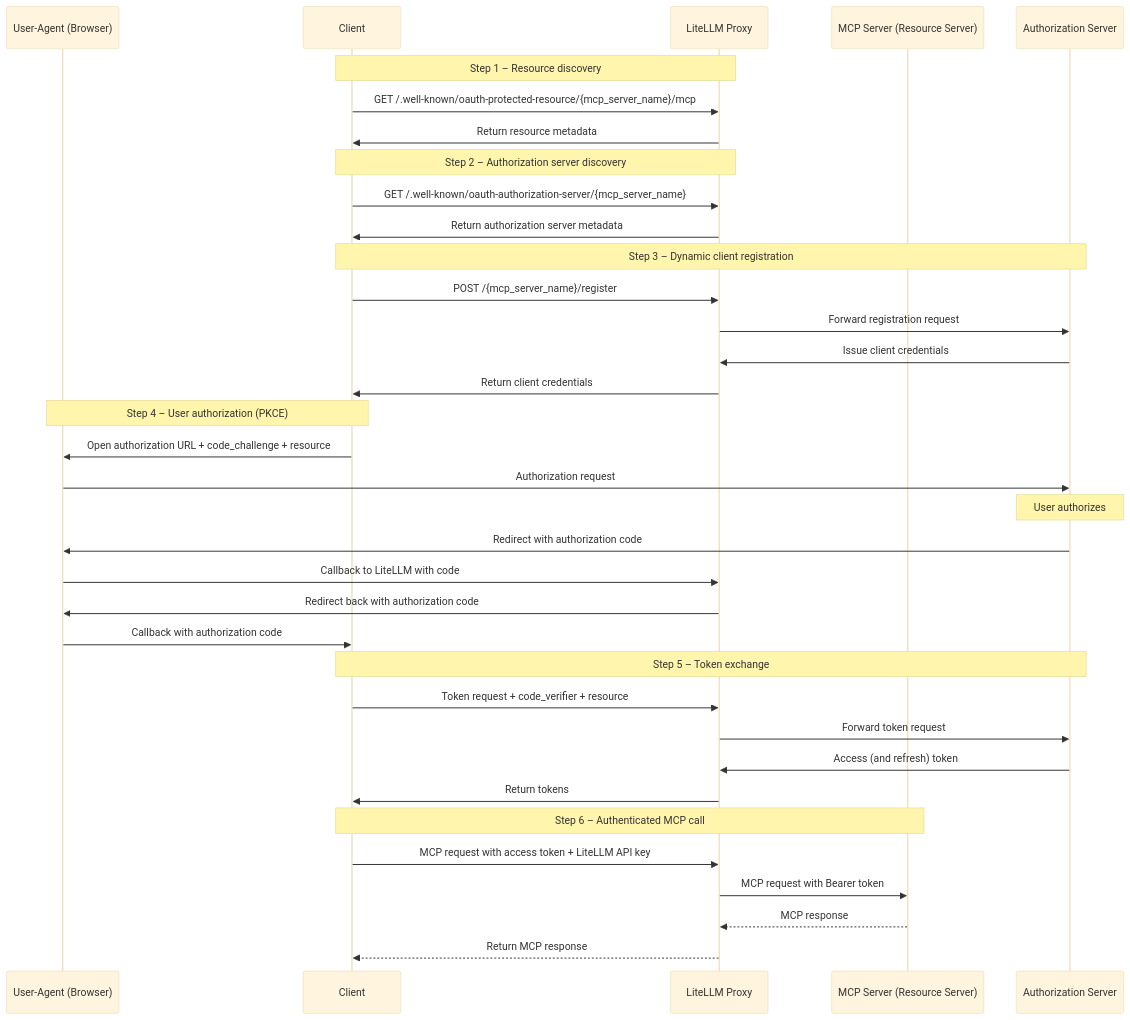
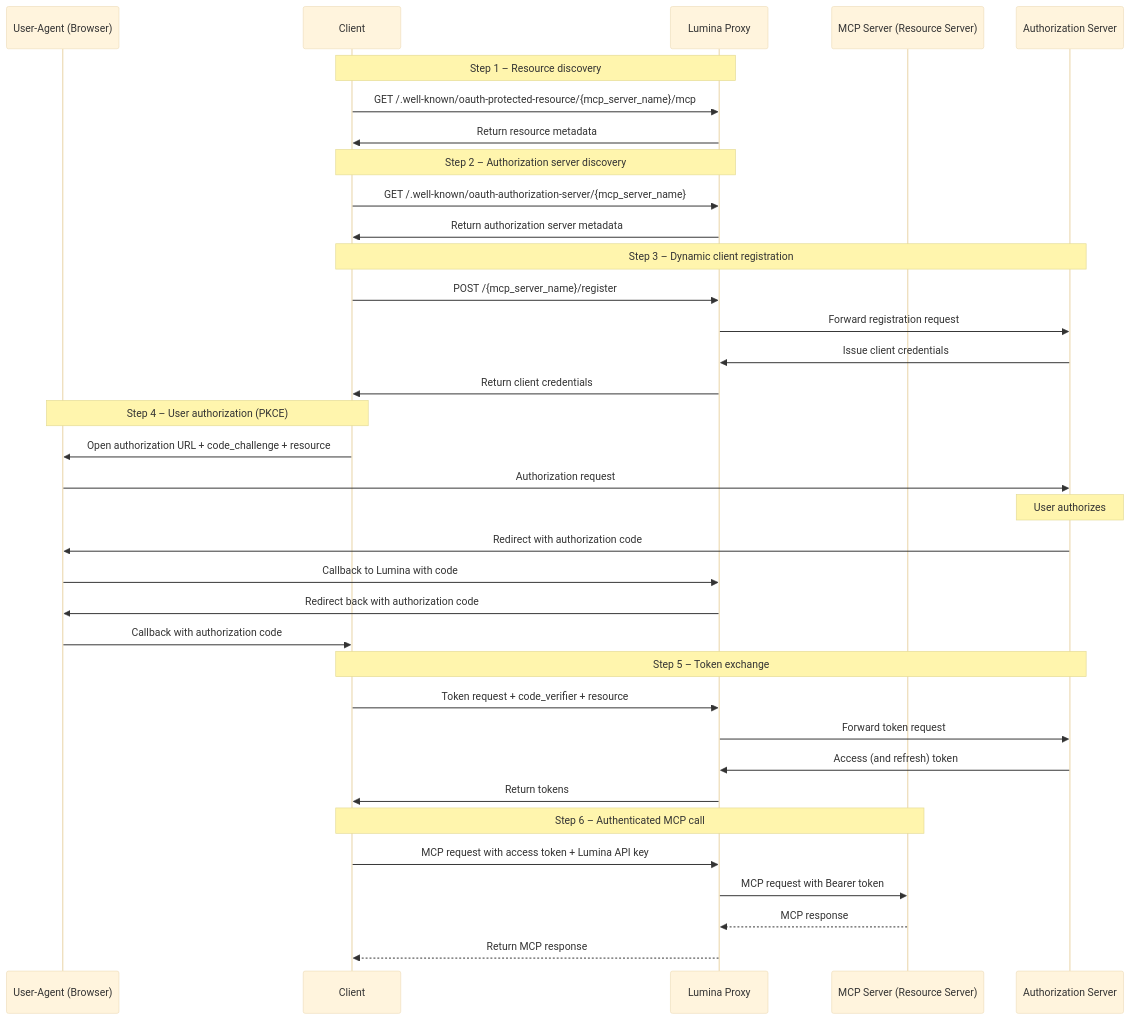
The diagram in docs/mcp.md (Soventra/lumina-docs), drawn with Mermaid (base theme) before and after one commit. The commit also changed other lines of this file and 1578 other files, not shown here.

````diff
--- a/docs/mcp.md
+++ b/docs/mcp.md
@@ -469,43 +469,43 @@
 ```mermaid
 sequenceDiagram
     participant Browser as User-Agent (Browser)
     participant Client as Client
-    participant LiteLLM as LiteLLM Proxy
+    participant Lumina as Lumina Proxy
     participant MCP as MCP Server (Resource Server)
     participant Auth as Authorization Server
 
-    Note over Client,LiteLLM: Step 1 – Resource discovery
-    Client->>LiteLLM: GET /.well-known/oauth-protected-resource/{mcp_server_name}/mcp
-    LiteLLM->>Client: Return resource metadata
+    Note over Client,Lumina: Step 1 – Resource discovery
+    Client->>Lumina: GET /.well-known/oauth-protected-resource/{mcp_server_name}/mcp
+    Lumina->>Client: Return resource metadata
 
-    Note over Client,LiteLLM: Step 2 – Authorization server discovery
-    Client->>LiteLLM: GET /.well-known/oauth-authorization-server/{mcp_server_name}
-    LiteLLM->>Client: Return authorization server metadata
+    Note over Client,Lumina: Step 2 – Authorization server discovery
+    Client->>Lumina: GET /.well-known/oauth-authorization-server/{mcp_server_name}
+    Lumina->>Client: Return authorization server metadata
 
     Note over Client,Auth: Step 3 – Dynamic client registration
-    Client->>LiteLLM: POST /{mcp_server_name}/register
-    LiteLLM->>Auth: Forward registration request
-    Auth->>LiteLLM: Issue client credentials
-    LiteLLM->>Client: Return client credentials
+    Client->>Lumina: POST /{mcp_server_name}/register
+    Lumina->>Auth: Forward registration request
+    Auth->>Lumina: Issue client credentials
+    Lumina->>Client: Return client credentials
 
     Note over Client,Browser: Step 4 – User authorization (PKCE)
     Client->>Browser: Open authorization URL + code_challenge + resource
     Browser->>Auth: Authorization request
     Note over Auth: User authorizes
     Auth->>Browser: Redirect with authorization code
-    Browser->>LiteLLM: Callback to LiteLLM with code
-    LiteLLM->>Browser: Redirect back with authorization code
+    Browser->>Lumina: Callback to Lumina with code
+    Lumina->>Browser: Redirect back with authorization code
     Browser->>Client: Callback with authorization code
 
     Note over Client,Auth: Step 5 – Token exchange
-    Client->>LiteLLM: Token request + code_verifier + resource
-    LiteLLM->>Auth: Forward token request
-    Auth->>LiteLLM: Access (and refresh) token
-    LiteLLM->>Client: Return tokens
+    Client->>Lumina: Token request + code_verifier + resource
+    Lumina->>Auth: Forward token request
+    Auth->>Lumina: Access (and refresh) token
+    Lumina->>Client: Return tokens
 
     Note over Client,MCP: Step 6 – Authenticated MCP call
-    Client->>LiteLLM: MCP request with access token + LiteLLM API key
-    LiteLLM->>MCP: MCP request with Bearer token
-    MCP-->>LiteLLM: MCP response
-    LiteLLM-->>Client: Return MCP response
+    Client->>Lumina: MCP request with access token + Lumina API key
+    Lumina->>MCP: MCP request with Bearer token
+    MCP-->>Lumina: MCP response
+    Lumina-->>Client: Return MCP response
 ```
````
